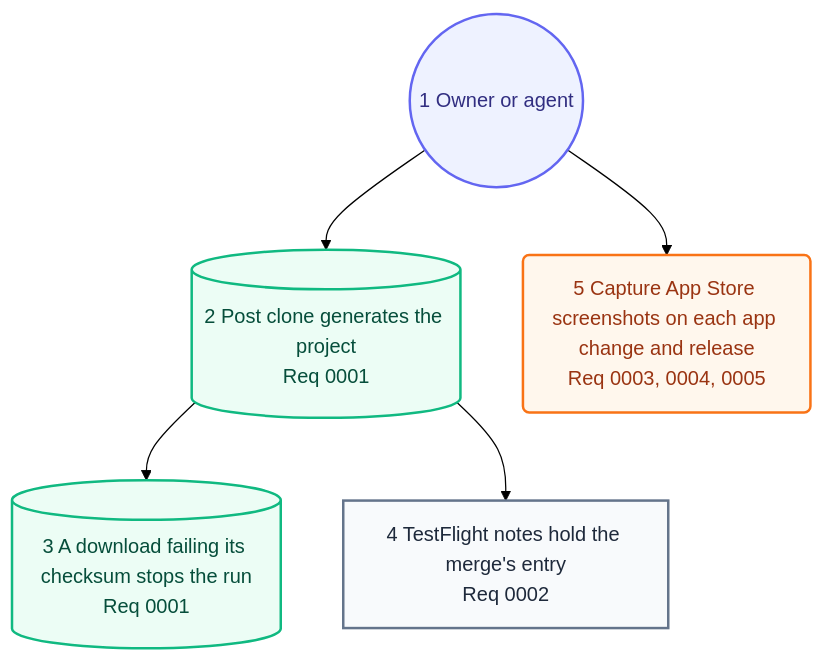
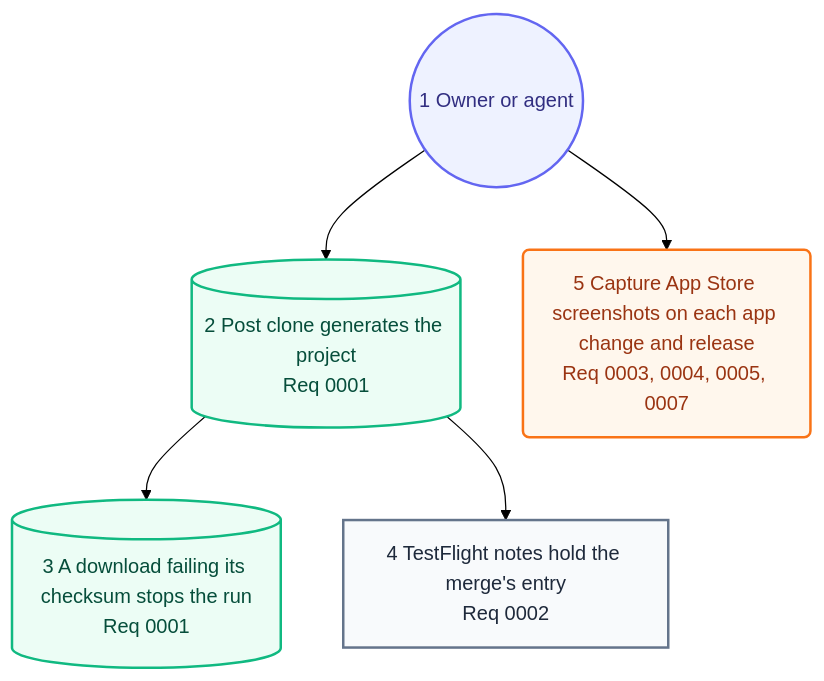
One commit to may-journal/xcode-tooling changed the second of 2 diagrams in docs/architecture/05-user-journey.md. Above: the diagram before and after it, drawn with Mermaid (forest theme). The commit also changed 5 other files, not shown here.

First line of the commit message:
fix(screenshots): name what a capture is missing before it starts (#41)

````diff
--- a/docs/architecture/05-user-journey.md
+++ b/docs/architecture/05-user-journey.md
@@ -32,18 +32,18 @@
 ```mermaid
 flowchart TB
     owner((1 Owner or agent)):::persona
     clone[(2 Post clone generates the project<br/>Req 0001)]:::system
     mismatch[(3 A download failing its checksum stops the run<br/>Req 0001)]:::system
     notes[4 TestFlight notes hold the merge's entry<br/>Req 0002]:::screen
-    shots(5 Capture App Store screenshots on each app change and release<br/>Req 0003, 0004, 0005):::action
+    shots(5 Capture App Store screenshots on each app change and release<br/>Req 0003, 0004, 0005, 0007):::action
 
     owner --> clone
     clone --> mismatch
     clone --> notes
     owner --> shots
 
     classDef persona fill:#eef2ff,stroke:#6366f1,color:#312e81,stroke-width:2px
     classDef screen fill:#f8fafc,stroke:#64748b,color:#1e293b,stroke-width:2px
     classDef action fill:#fff7ed,stroke:#f97316,color:#9a3412,stroke-width:2px
     classDef system fill:#ecfdf5,stroke:#10b981,color:#064e3b,stroke-width:2px
 ```
````
